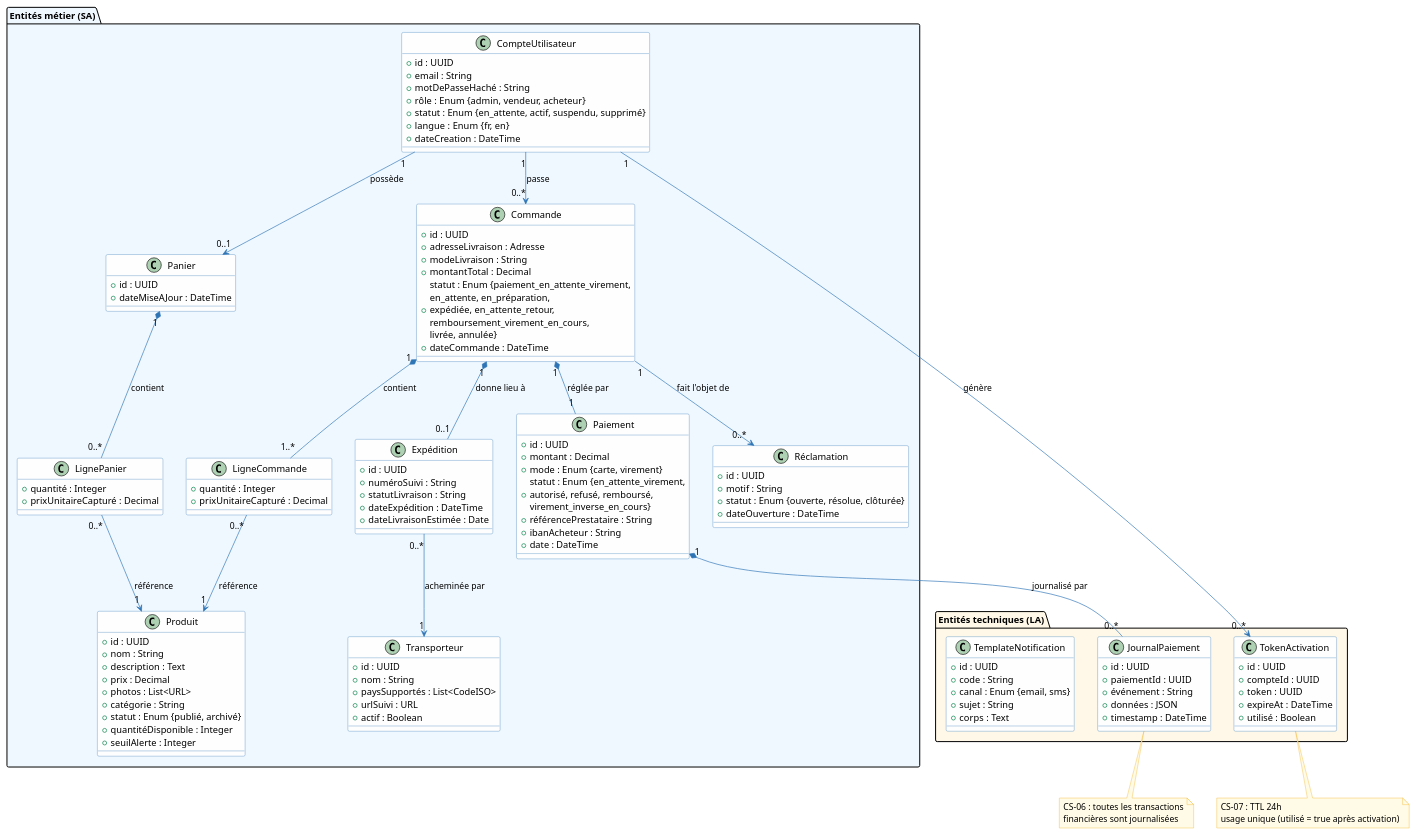
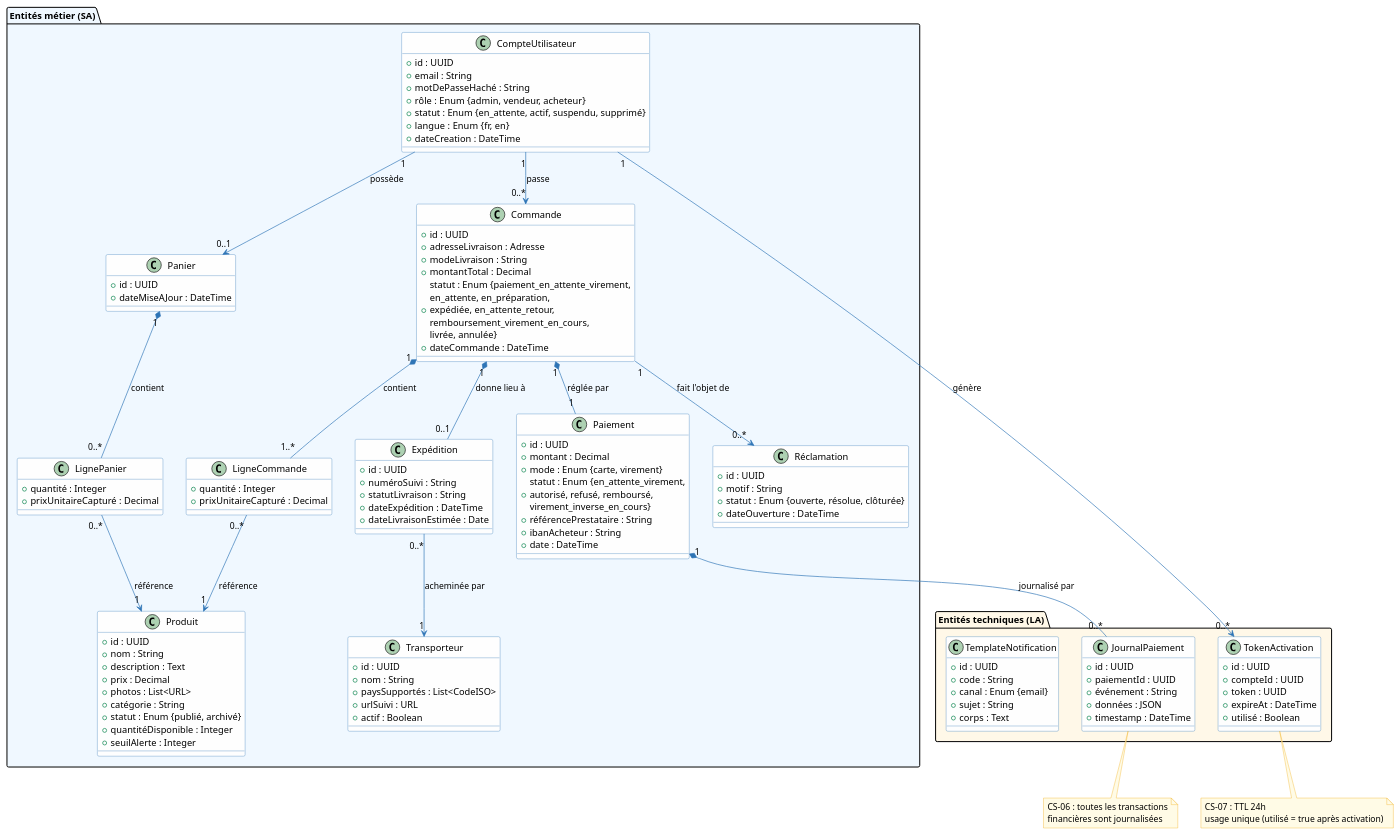
One commit to louistalvande/online_shop changed the seventh of 7 diagrams in architecture/03-logical-architecture/la.adoc. Above: the diagram before and after it, drawn with PlantUML. The commit also changed 1 other file, not shown here.

Commit message:
remove sms mention

```diff
--- a/architecture/03-logical-architecture/la.adoc
+++ b/architecture/03-logical-architecture/la.adoc
@@ -704,7 +704,7 @@
   class TemplateNotification {
     + id : UUID
     + code : String
-    + canal : Enum {email, sms}
+    + canal : Enum {email}
     + sujet : String
     + corps : Text
   }
```
